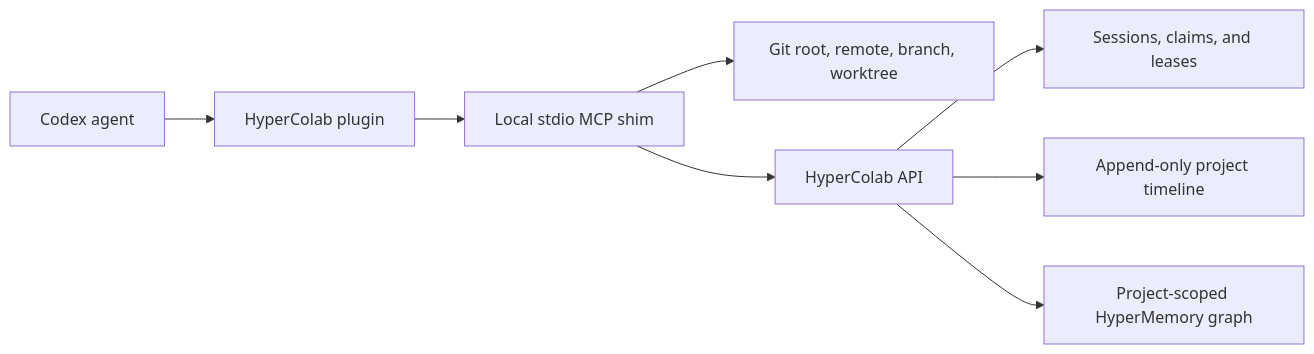
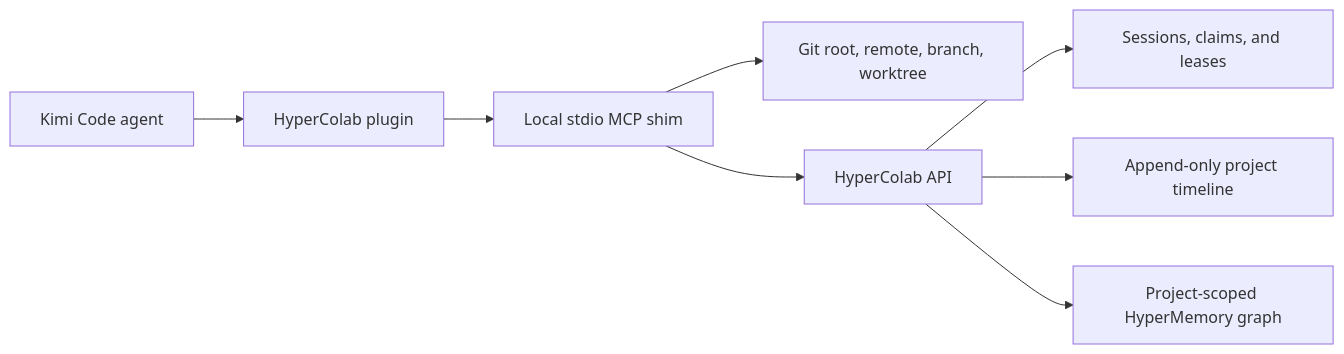
One commit to hypermemory-ai/hm-plugin-kimi changed the second of 2 diagrams in README.md. Above: the diagram before and after it, drawn with Mermaid. The commit also changed other lines of this file and 37 other files, not shown here.

First line of the commit message:
Convert HyperMemory and HyperColab plugins to Kimi Code plugin standard

````diff
--- a/README.md
+++ b/README.md
@@ -363,10 +294,10 @@
 ```mermaid
 flowchart LR
-    Agent["Codex agent"] --> Plugin["HyperColab plugin"]
+    Agent["Kimi Code agent"] --> Plugin["HyperColab plugin"]
     Plugin --> Shim["Local stdio MCP shim"]
     Shim --> Git["Git root, remote, branch, worktree"]
     Shim --> API["HyperColab API"]
     API --> Claims["Sessions, claims, and leases"]
     API --> Timeline["Append-only project timeline"]
     API --> Graph["Project-scoped HyperMemory graph"]
 ```
````
